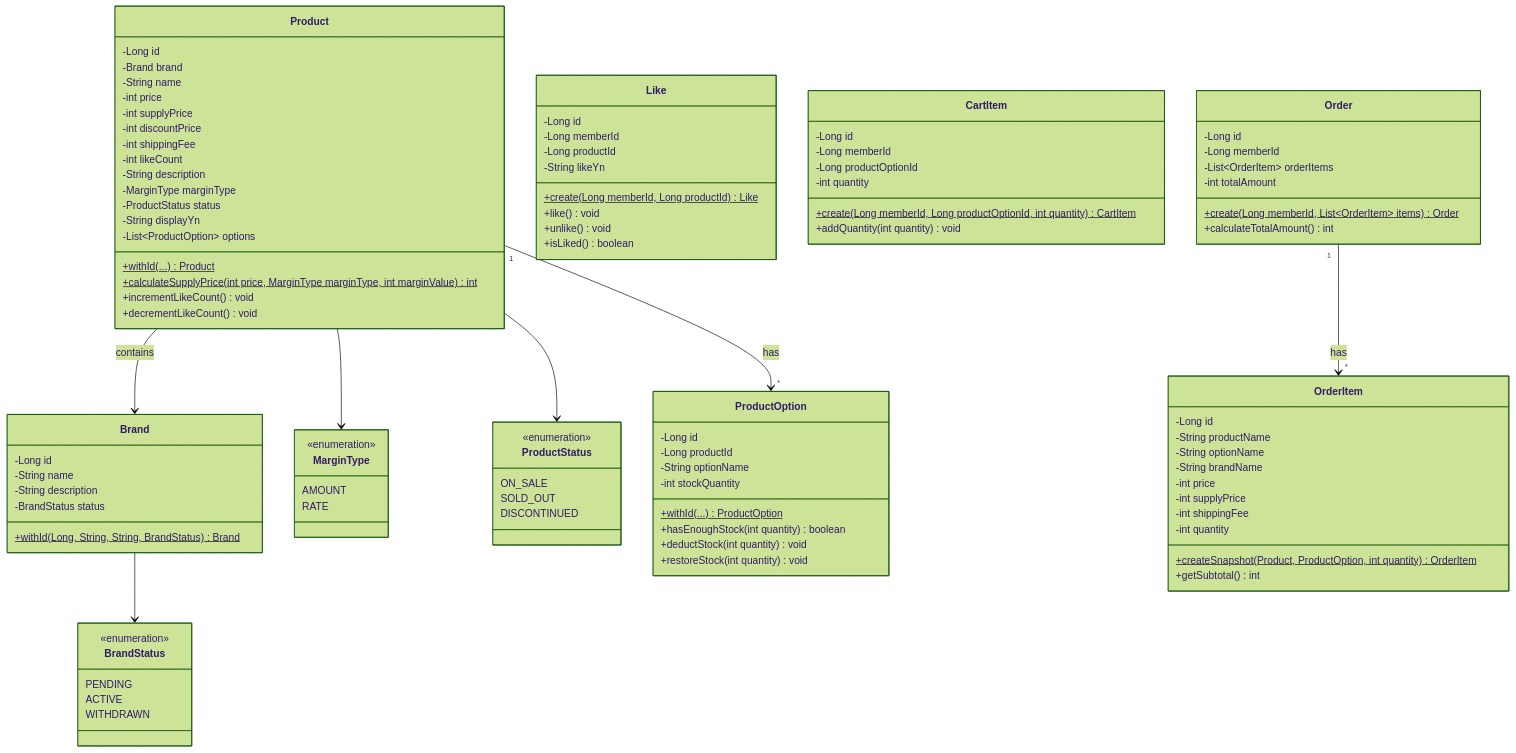
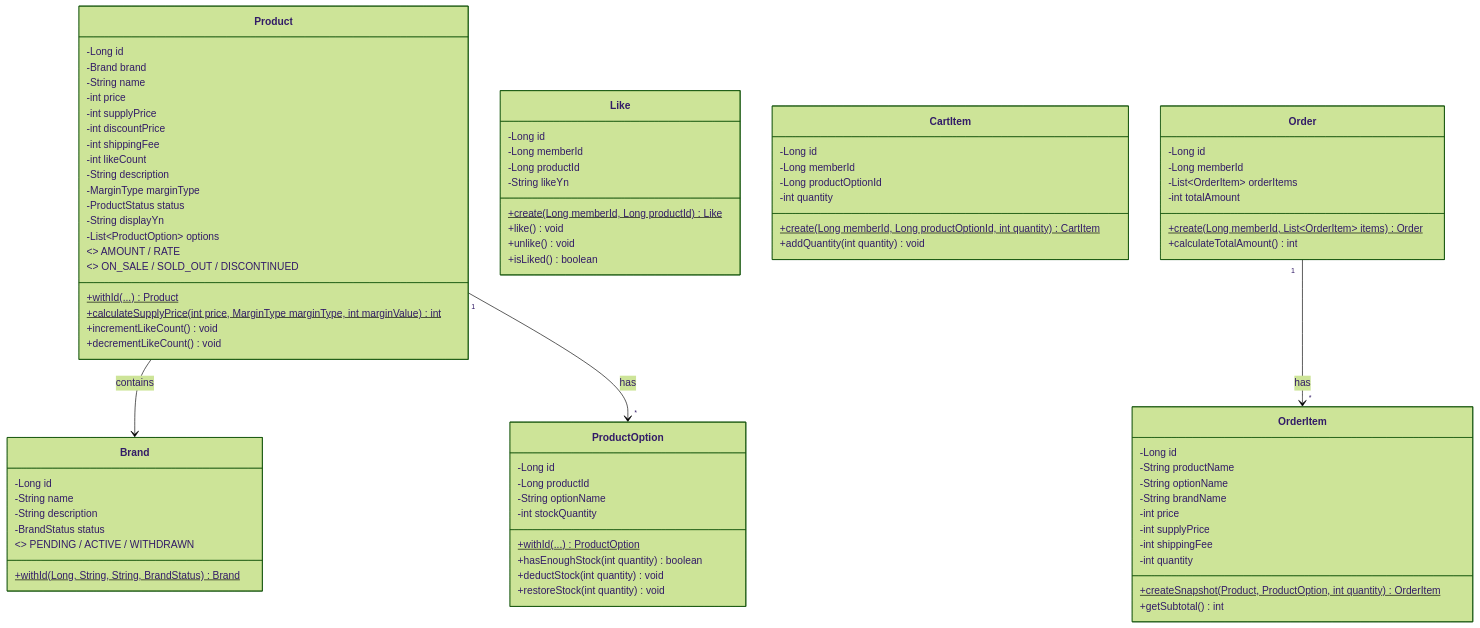
The second of 7 diagrams in docs/design/03-class-diagram.md (jsj1215/loop-pack-be-l2-vol3-java), drawn with Mermaid (forest theme) before and after one commit.

Commit message:
refactor: 클래스 다이어그램 enum 클래스를 소속 클래스 내부로 통합
BrandStatus, MarginType, ProductStatus를 별도 클래스에서 각각 Brand, Product 클래스 내부 표기로 변경

```diff
--- a/docs/design/03-class-diagram.md
+++ b/docs/design/03-class-diagram.md
@@ -81,16 +81,8 @@
         -String description
         -BrandStatus status
         +withId(Long, String, String, BrandStatus) Brand$
+        <<BrandStatus>> PENDING / ACTIVE / WITHDRAWN
     }
-
-    class BrandStatus {
-        <<enumeration>>
-        PENDING
-        ACTIVE
-        WITHDRAWN
-    }
-
-    Brand --> BrandStatus
 
     class Product {
         -Long id
@@ -110,24 +102,9 @@
         +calculateSupplyPrice(int price, MarginType marginType, int marginValue) int$
         +incrementLikeCount() void
         +decrementLikeCount() void
+        <<MarginType>> AMOUNT / RATE
+        <<ProductStatus>> ON_SALE / SOLD_OUT / DISCONTINUED
     }
-
-    class MarginType {
-        <<enumeration>>
-        AMOUNT
-        RATE
-    }
-
-    Product --> MarginType
-
-    class ProductStatus {
-        <<enumeration>>
-        ON_SALE
-        SOLD_OUT
-        DISCONTINUED
-    }
-
-    Product --> ProductStatus
 
     class ProductOption {
         -Long id
```
